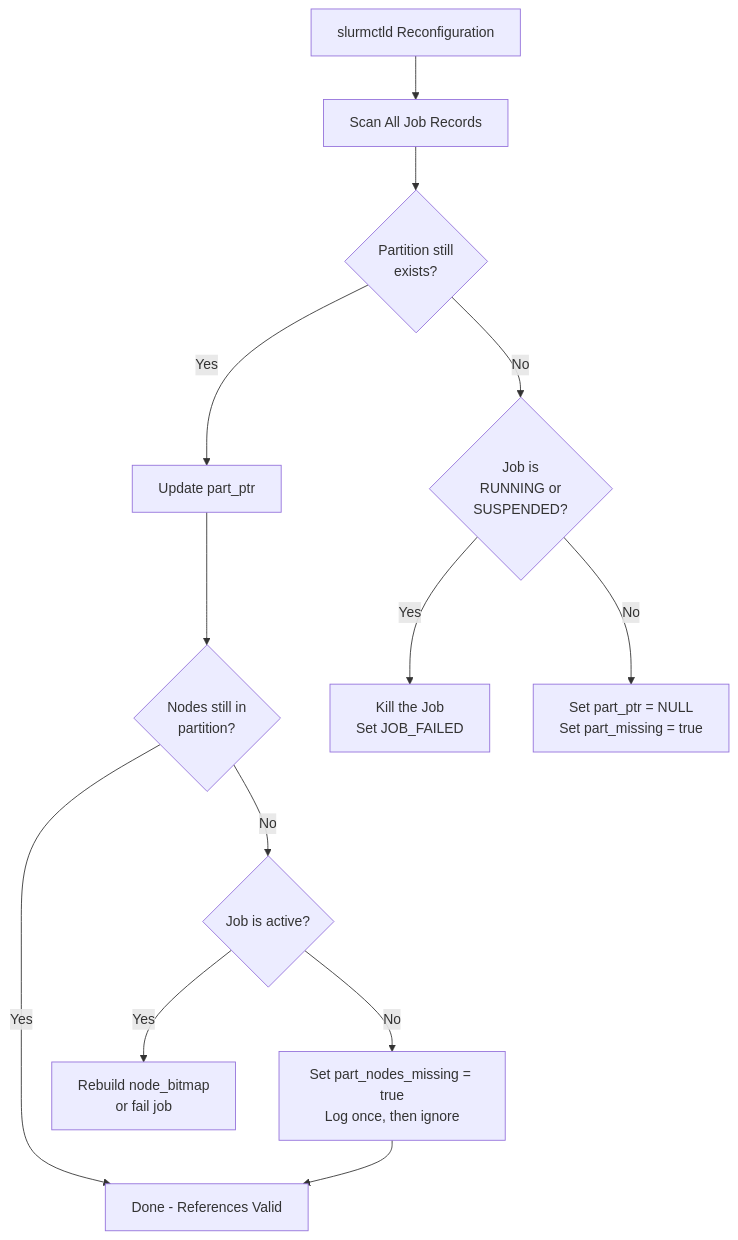
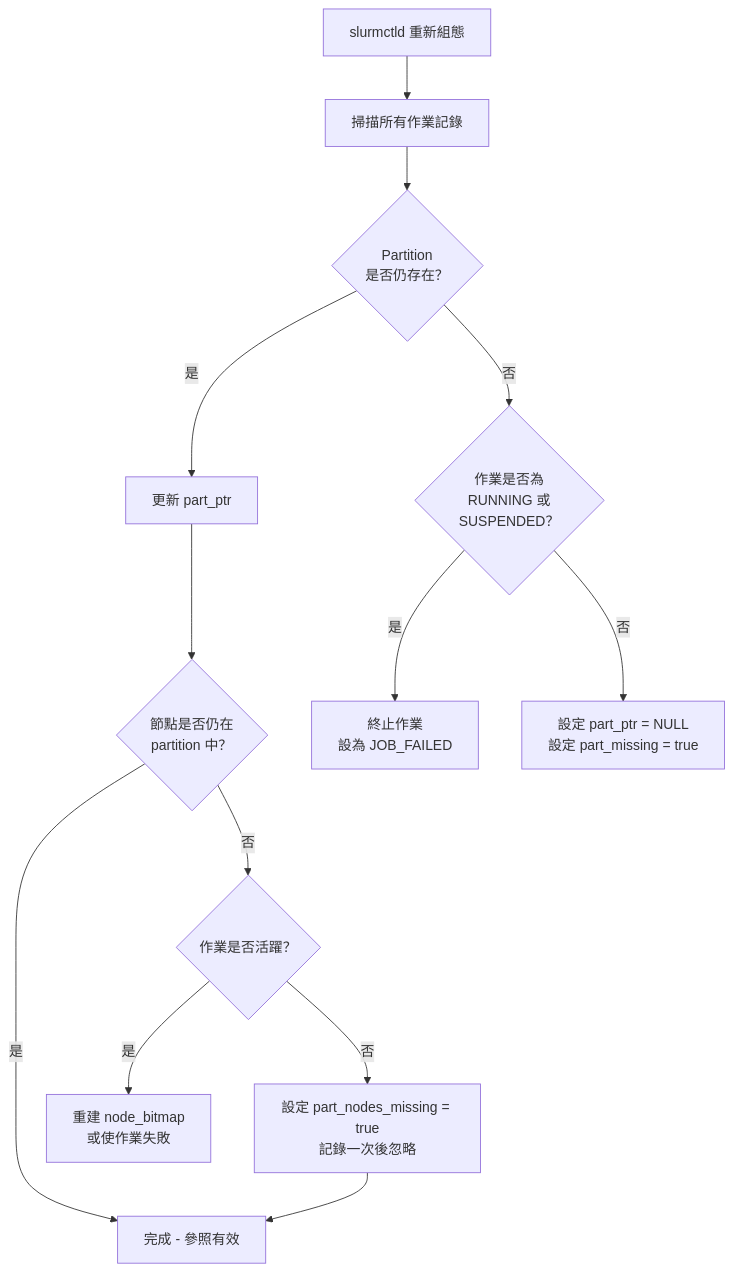
The fifth of 6 diagrams in _bmad-output/technical-reference/internals/slurm-job-state-lifecycle.md (pichiu/slurm), drawn with Mermaid before and after one commit. The commit also changed other lines of this file, not shown here.

````diff
--- a/_bmad-output/technical-reference/internals/slurm-job-state-lifecycle.md
+++ b/_bmad-output/technical-reference/internals/slurm-job-state-lifecycle.md
@@ -309,18 +309,18 @@
 ```mermaid
 flowchart TD
-    Reconfig[slurmctld Reconfiguration] --> ScanJobs[Scan All Job Records]
-    ScanJobs --> CheckPart{Partition still<br/>exists?}
+    Reconfig[slurmctld 重新組態] --> ScanJobs[掃描所有作業記錄]
+    ScanJobs --> CheckPart{Partition<br/>是否仍存在？}
 
-    CheckPart -->|Yes| ValidatePart[Update part_ptr]
-    CheckPart -->|No| IsActive{Job is<br/>RUNNING or<br/>SUSPENDED?}
+    CheckPart -->|是| ValidatePart[更新 part_ptr]
+    CheckPart -->|否| IsActive{作業是否為<br/>RUNNING 或<br/>SUSPENDED？}
 
-    IsActive -->|Yes| KillJob[Kill the Job<br/>Set JOB_FAILED]
-    IsActive -->|No| ClearPart[Set part_ptr = NULL<br/>Set part_missing = true]
+    IsActive -->|是| KillJob[終止作業<br/>設為 JOB_FAILED]
+    IsActive -->|否| ClearPart[設定 part_ptr = NULL<br/>設定 part_missing = true]
 
-    ValidatePart --> CheckNodes{Nodes still in<br/>partition?}
-    CheckNodes -->|Yes| Done[Done - References Valid]
-    CheckNodes -->|No| IsActive2{Job is active?}
-    IsActive2 -->|Yes| RebuildBitmap[Rebuild node_bitmap<br/>or fail job]
-    IsActive2 -->|No| SetFlag[Set part_nodes_missing = true<br/>Log once, then ignore]
+    ValidatePart --> CheckNodes{節點是否仍在<br/>partition 中？}
+    CheckNodes -->|是| Done[完成 - 參照有效]
+    CheckNodes -->|否| IsActive2{作業是否活躍？}
+    IsActive2 -->|是| RebuildBitmap[重建 node_bitmap<br/>或使作業失敗]
+    IsActive2 -->|否| SetFlag[設定 part_nodes_missing = true<br/>記錄一次後忽略]
     SetFlag --> Done
 ```
````
